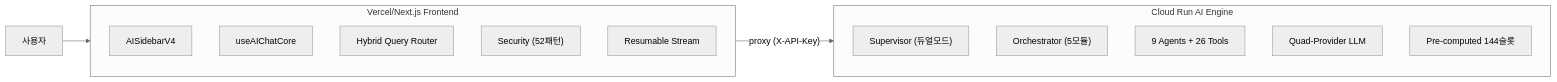
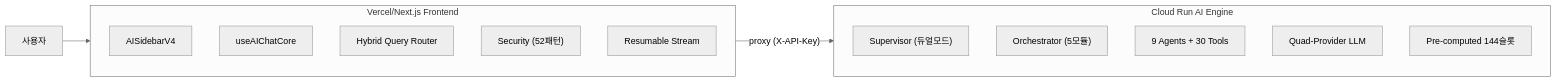
The diagram in docs/reference/architecture/ai/frontend-backend-comparison.md (skyasu2/openmanager-ai), drawn with Mermaid (neutral theme) before and after one commit. The commit also changed other lines of this file and 9 other files, not shown here.

First line of the commit message:
docs: sync architecture docs with calculation tools (27→30 tools)

````diff
--- a/docs/reference/architecture/ai/frontend-backend-comparison.md
+++ b/docs/reference/architecture/ai/frontend-backend-comparison.md
@@ -21,22 +21,22 @@
 ```mermaid
 graph LR
     User["사용자"] --> Vercel
 
     subgraph Vercel["Vercel/Next.js Frontend"]
         UI["AISidebarV4"]
         Hook["useAIChatCore"]
         Router["Hybrid Query Router"]
         Security["Security (52패턴)"]
         Stream["Resumable Stream"]
     end
 
     subgraph CloudRun["Cloud Run AI Engine"]
         Supervisor["Supervisor (듀얼모드)"]
         Orchestrator["Orchestrator (5모듈)"]
-        Agents["9 Agents + 26 Tools"]
+        Agents["9 Agents + 30 Tools"]
         Provider["Quad-Provider LLM"]
         PreComp["Pre-computed 144슬롯"]
     end
 
     Vercel -->|"proxy (X-API-Key)"| CloudRun
 ```
````
